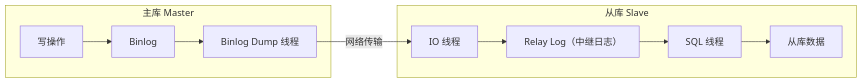
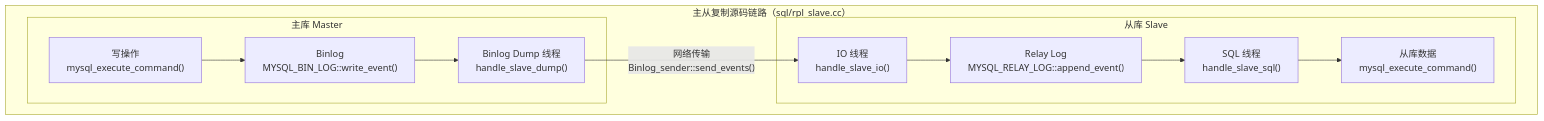
One commit to b1tzer/b1tzer.github.io changed the second of 7 diagrams in docs/03-mysql/07-Binlog与主从复制.md. Above: the diagram before and after it, drawn with Mermaid. The commit also changed other lines of this file and 13 other files, not shown here.

Commit message:
feat: 增补多文档图示与踩坑案例，优化结构与表述

````diff
--- a/docs/03-mysql/07-Binlog与主从复制.md
+++ b/docs/03-mysql/07-Binlog与主从复制.md
@@ -147,15 +273,17 @@
 ```mermaid
-flowchart LR
-    subgraph 主库 Master
-        M_SQL["写操作"] --> M_BL["Binlog"]
-        M_BL --> Dump["Binlog Dump 线程"]
+flowchart TD
+    subgraph "主从复制源码链路（sql/rpl_slave.cc）"
+        subgraph "主库 Master"
+            M_SQL["写操作<br/>mysql_execute_command()"] --> M_BL["Binlog<br/>MYSQL_BIN_LOG::write_event()"]
+            M_BL --> Dump["Binlog Dump 线程<br/>handle_slave_dump()"]
+        end
+
+        subgraph "从库 Slave"
+            IO["IO 线程<br/>handle_slave_io()"] --> Relay["Relay Log<br/>MYSQL_RELAY_LOG::append_event()"]
+            Relay --> SQL["SQL 线程<br/>handle_slave_sql()"]
+            SQL --> S_Data["从库数据<br/>mysql_execute_command()"]
+        end
+
+        Dump -->|"网络传输<br/>Binlog_sender::send_events()"| IO
     end
-
-    subgraph 从库 Slave
-        IO["IO 线程"] --> Relay["Relay Log（中继日志）"]
-        Relay --> SQL["SQL 线程"]
-        SQL --> S_Data["从库数据"]
-    end
-
-    Dump -->|网络传输| IO
 ```
````
